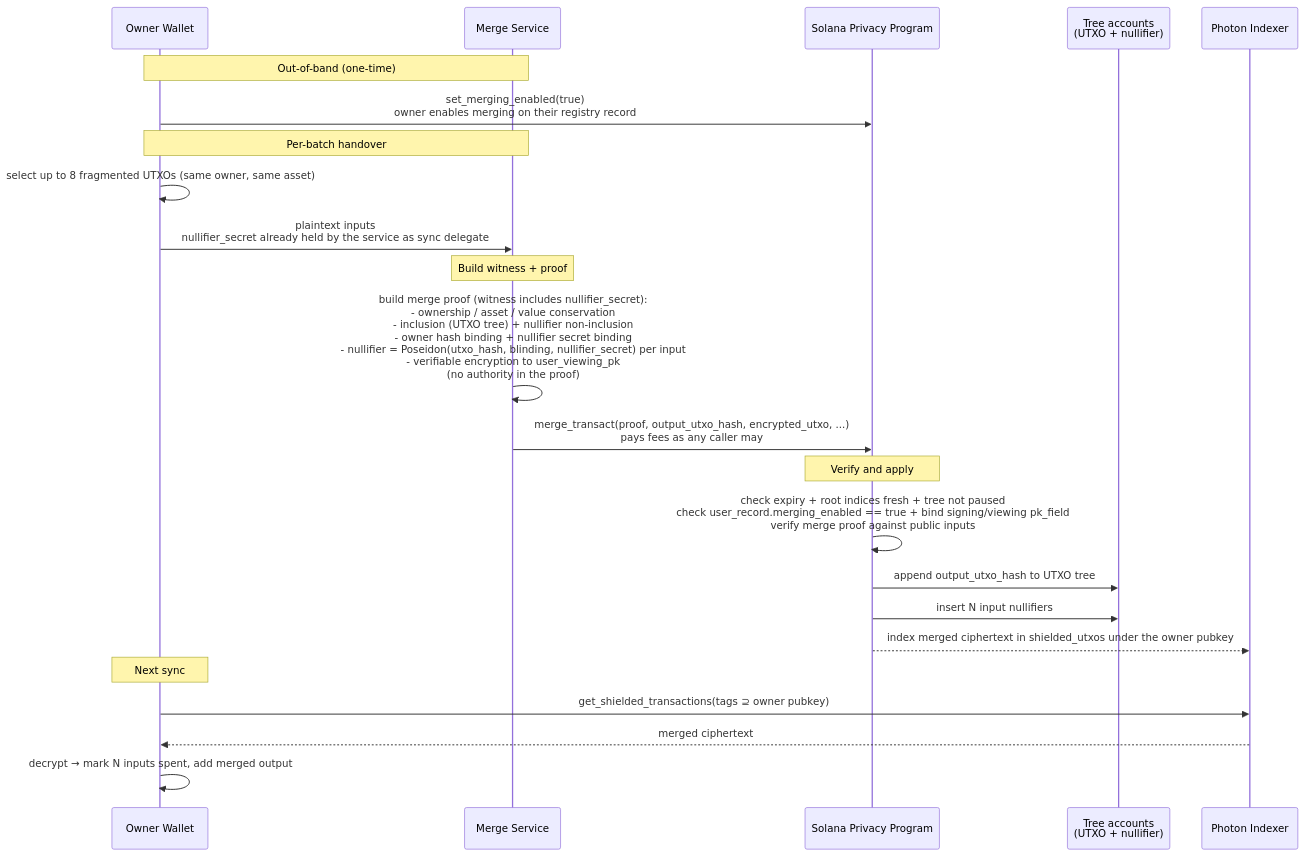
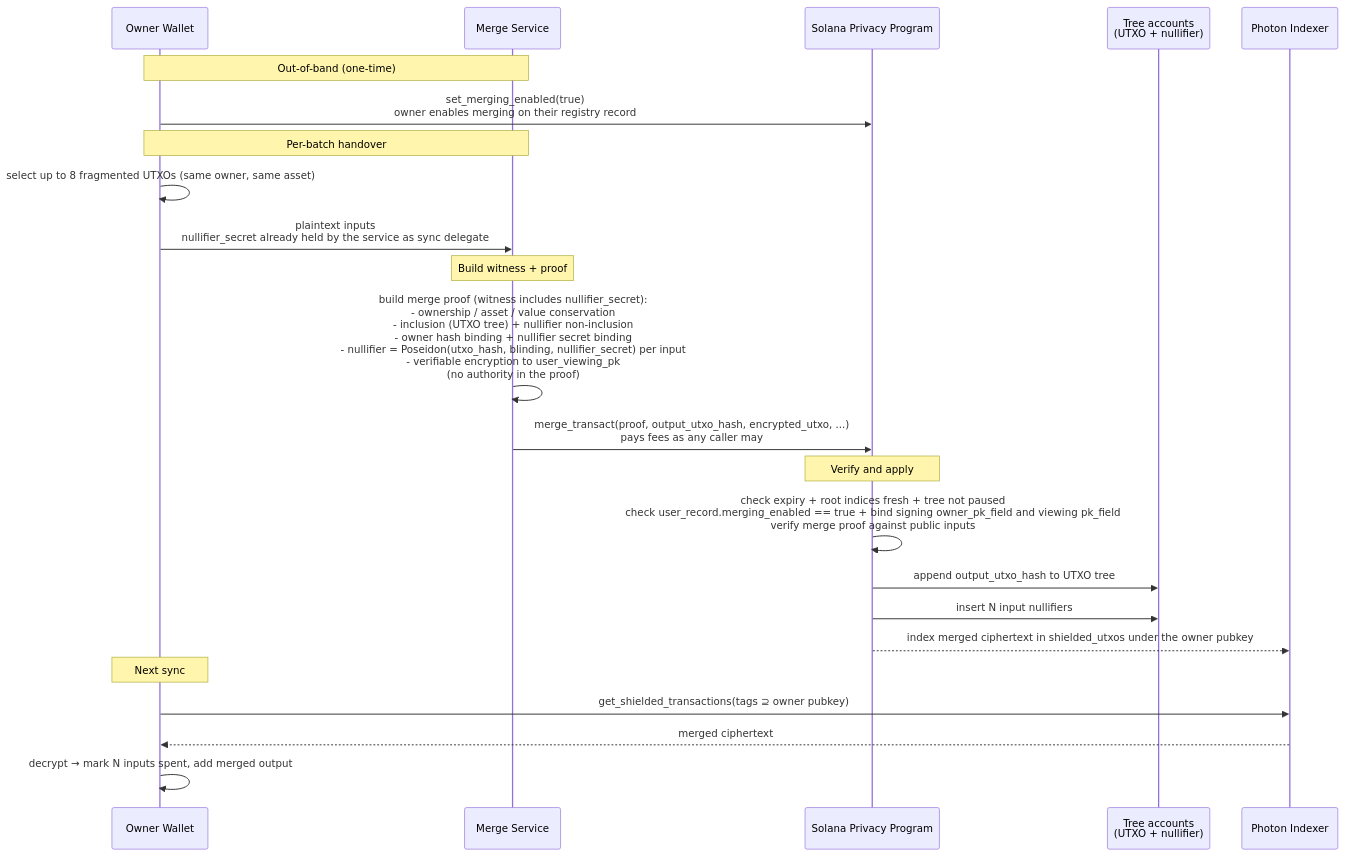
The fifth of 5 diagrams in docs/spec.md (helius-labs/zolana), drawn with Mermaid before and after one commit. The commit also changed other lines of this file, not shown here.

First line of the commit message:
spec: name the two pubkey field encodings

````diff
--- a/docs/spec.md
+++ b/docs/spec.md
@@ -2316,30 +2339,30 @@
 ```mermaid
 sequenceDiagram
     participant Wallet as Owner Wallet
     participant Merge as Merge Service
     participant SPP as Solana Privacy Program
     participant Trees as Tree accounts<br/>(UTXO + nullifier)
     participant Indexer as Photon Indexer
 
     Note over Merge,Wallet: Out-of-band (one-time)
     Wallet->>SPP: set_merging_enabled(true)<br/>owner enables merging on their registry record
 
     Note over Wallet,Merge: Per-batch handover
     Wallet->>Wallet: select up to 8 fragmented UTXOs (same owner, same asset)
     Wallet->>Merge: plaintext inputs<br/>nullifier_secret already held by the service as sync delegate
 
     Note over Merge: Build witness + proof
     Merge->>Merge: build merge proof (witness includes nullifier_secret):<br/>- ownership / asset / value conservation<br/>- inclusion (UTXO tree) + nullifier non-inclusion<br/>- owner hash binding + nullifier secret binding<br/>- nullifier = Poseidon(utxo_hash, blinding, nullifier_secret) per input<br/>- verifiable encryption to user_viewing_pk<br/>(no authority in the proof)
     Merge->>SPP: merge_transact(proof, output_utxo_hash, encrypted_utxo, ...)<br/>pays fees as any caller may
 
     Note over SPP: Verify and apply
-    SPP->>SPP: check expiry + root indices fresh + tree not paused<br/>check user_record.merging_enabled == true + bind signing/viewing pk_field<br/>verify merge proof against public inputs
+    SPP->>SPP: check expiry + root indices fresh + tree not paused<br/>check user_record.merging_enabled == true + bind signing owner_pk_field and viewing pk_field<br/>verify merge proof against public inputs
     SPP->>Trees: append output_utxo_hash to UTXO tree
     SPP->>Trees: insert N input nullifiers
     SPP-->>Indexer: index merged ciphertext in shielded_utxos under the owner pubkey
 
     Note over Wallet: Next sync
     Wallet->>Indexer: get_shielded_transactions(tags ⊇ owner pubkey)
     Indexer-->>Wallet: merged ciphertext
     Wallet->>Wallet: decrypt → mark N inputs spent, add merged output
 ```
````
